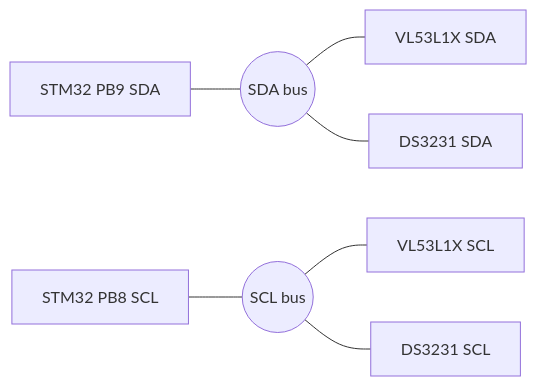
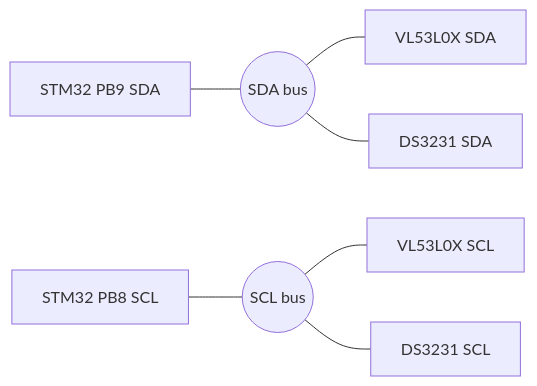
One commit to sourcandy101/kibbly changed the third of 3 diagrams in hardware/04_wiring_list.md. Above: the diagram before and after it, drawn with Mermaid. The commit also changed other lines of this file and 13 other files, not shown here.

First line of the commit message:
Add circuit 5 (ESP32-CAM link) and update the architecture to the real parts

````diff
--- a/hardware/04_wiring_list.md
+++ b/hardware/04_wiring_list.md
@@ -318,9 +322,9 @@
 ```mermaid
 flowchart LR
     PB9["STM32 PB9 SDA"] --- SDA(("SDA bus"))
     PB8["STM32 PB8 SCL"] --- SCL(("SCL bus"))
-    SDA --- TS["VL53L1X SDA"]
-    SCL --- TC["VL53L1X SCL"]
+    SDA --- TS["VL53L0X SDA"]
+    SCL --- TC["VL53L0X SCL"]
     SDA --- RS["DS3231 SDA"]
     SCL --- RC["DS3231 SCL"]
 ```
````
